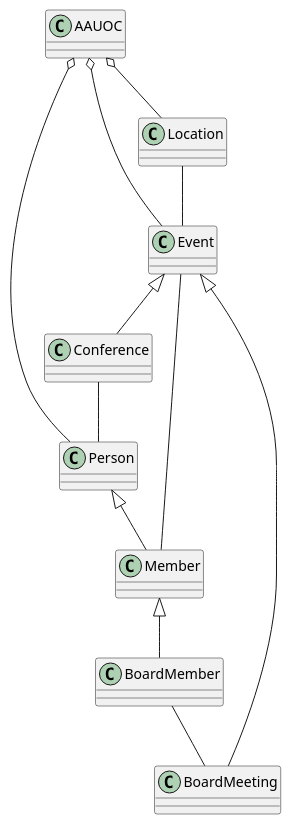
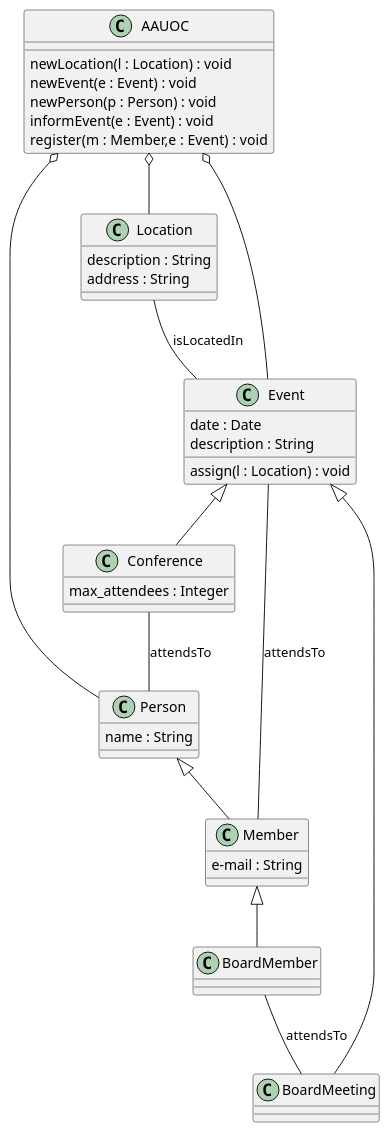
The diagram in UMLClases.puml (ESQUI19/UMLClasesVictoriaRamirezGarcia), drawn with PlantUML before and after one commit.

Commit message:
Relaciones realizadas.

```diff
--- a/UMLClases.puml
+++ b/UMLClases.puml
@@ -1,25 +1,45 @@
 @startuml
-class AAUOC {}
-class Person{}
-class Member{}
+class AAUOC {
+    newLocation(l : Location) : void
+    newEvent(e : Event) : void
+    newPerson(p : Person) : void
+    informEvent(e : Event) : void
+    register(m : Member,e : Event) : void
+}
+class Person{
+    name : String
+}
+class Member{
+    e-mail : String
+}
 class BoardMember{}
-class Event{}
-class Conference{}
+class Event{
+    date : Date
+    description : String
+
+    assign(l : Location) : void
+}
+class Conference{
+    max_attendees : Integer
+}
 class BoardMeeting{}
-class Location{}
+class Location{
+    description : String
+    address : String
+}
 
 AAUOC o-- Person
 AAUOC o-- Event
 AAUOC o-- Location
 Event <|-- BoardMeeting
 Event <|-- Conference
 Member <|-- BoardMember
 Person <|-- Member
 
-Location --Event
-Event -- Member
-Conference -- Person
-BoardMember -- BoardMeeting
+Location --Event : isLocatedIn
+Event -- Member : attendsTo
+Conference -- Person :attendsTo
+BoardMember -- BoardMeeting : attendsTo
 
 
 @enduml
```
